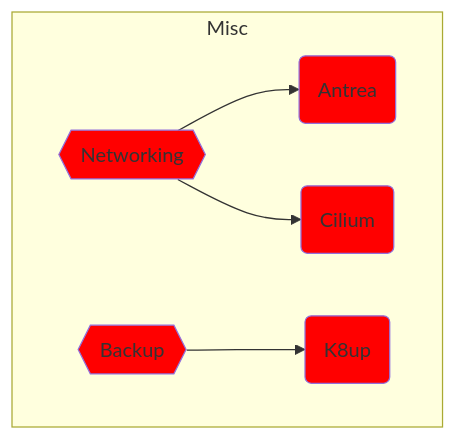
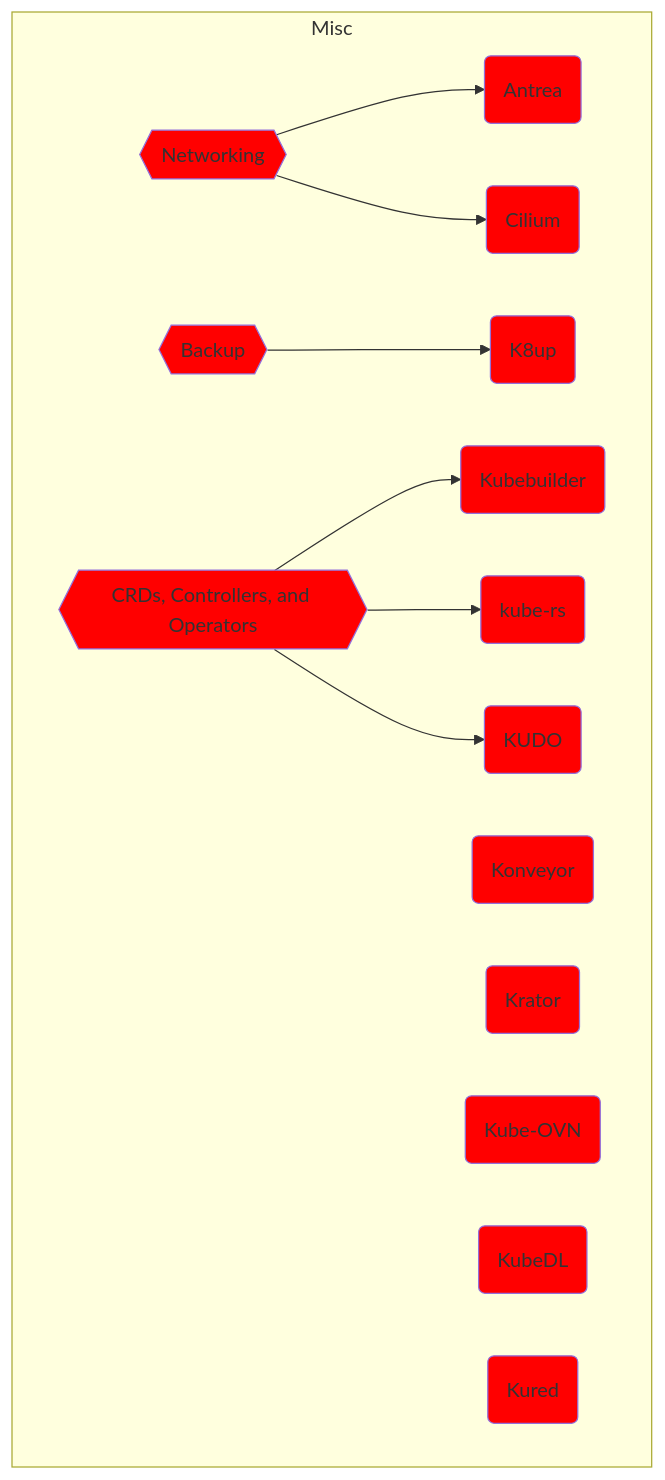
One commit to vfarcic/cncf-demo changed the seventh of 9 diagrams in solution.md. Above: the diagram before and after it, drawn with Mermaid. The commit also changed other lines of this file, not shown here.

````diff
--- a/solution.md
+++ b/solution.md
@@ -474,27 +485,54 @@
 ```mermaid
 flowchart TD
 
     subgraph Misc
 
         %% ----------------
         %% -- Networking --
         %% ----------------
         networking{{Networking}}
         style networking fill:red
         networking-antrea(Antrea)
         style networking-antrea fill:red
         networking-cilium(Cilium)
         style networking-cilium fill:red
         networking --> networking-antrea & networking-cilium
 
         %% ------------
         %% -- Backup --
         %% ------------
         backup{{Backup}}
         style backup fill:red
         backup-k8up(K8up)
         style backup-k8up fill:red
         backup --> backup-k8up
 
+        %% --------------------------------------
+        %% -- CRDs, Controllers, and Operators --
+        %% --------------------------------------
+        crd-controller-operator{{CRDs, Controllers, and Operators}}
+        style crd-controller-operator fill:red
+        kubebuilder(Kubebuilder)
+        style kubebuilder fill:red
+        kube-rs(kube-rs)
+        style kube-rs fill:red
+        kudo(KUDO)
+        style kudo fill:red
+        crd-controller-operator --> kubebuilder & kube-rs & kudo
+
+        %% -----------
+        %% -- TODO: --
+        %% -----------
+        konveyor(Konveyor)
+        style konveyor fill:red
+        krator(Krator)
+        style krator fill:red
+        kube-ovn(Kube-OVN)
+        style kube-ovn fill:red
+        kube-dl(KubeDL)
+        style kube-dl fill:red
+        kured(Kured)
+        style kured fill:red
+
     end
 ```
````
